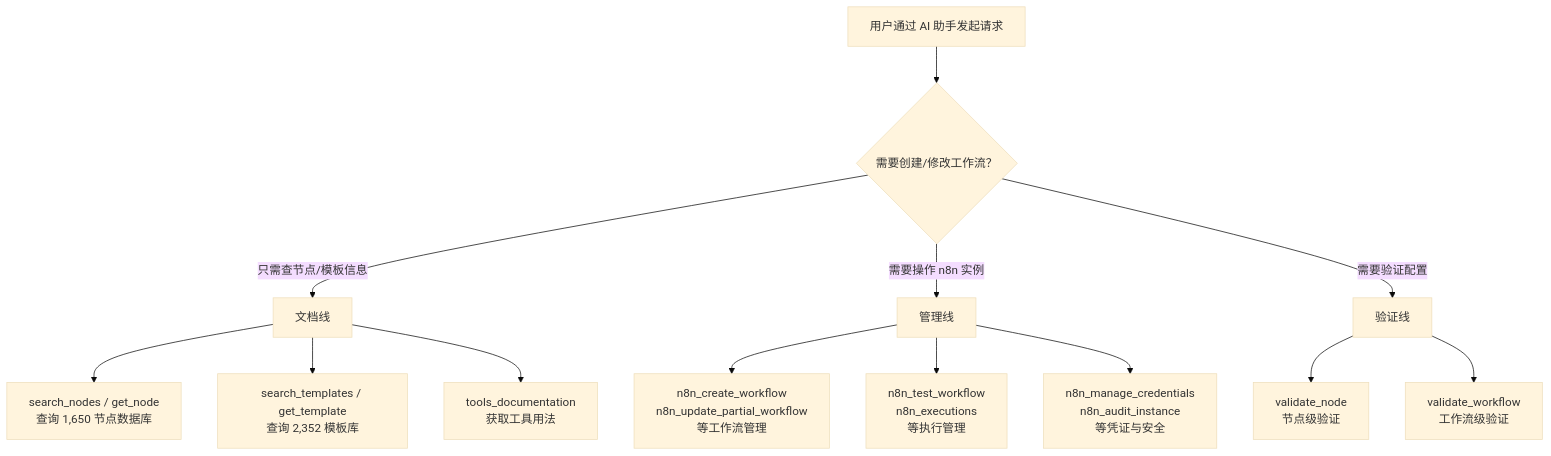
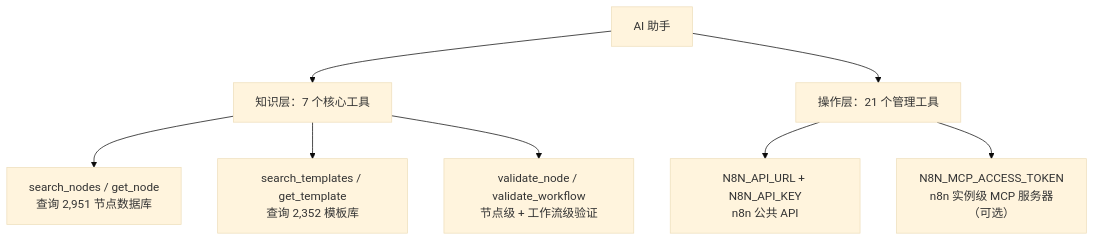
Before and after one commit to A1pha3/text-matrix: the diagram in content/posts/tech/n8n-mcp-claude-workflow-automation-guide.md, drawn with Mermaid (base theme). The commit also changed other lines of this file and 331 other files, not shown here.

````diff
--- a/content/posts/tech/n8n-mcp-claude-workflow-automation-guide.md
+++ b/content/posts/tech/n8n-mcp-claude-workflow-automation-guide.md
@@ -58,18 +42,10 @@
 ```mermaid
 graph TD
-    A["用户通过 AI 助手发起请求"] --> B{"需要创建/修改工作流？"}
-    B -->|"只需查节点/模板信息"| C[文档线]
-    B -->|"需要操作 n8n 实例"| D[管理线]
-    B -->|"需要验证配置"| E[验证线]
-
-    C --> C1["search_nodes / get_node\n查询 1,650 节点数据库"]
-    C --> C2["search_templates / get_template\n查询 2,352 模板库"]
-    C --> C3["tools_documentation\n获取工具用法"]
-
-    D --> D1["n8n_create_workflow\nn8n_update_partial_workflow\n等工作流管理"]
-    D --> D2["n8n_test_workflow\nn8n_executions\n等执行管理"]
-    D --> D3["n8n_manage_credentials\nn8n_audit_instance\n等凭证与安全"]
-
-    E --> E1["validate_node\n节点级验证"]
-    E --> E2["validate_workflow\n工作流级验证"]
+    A["AI 助手"] --> B["知识层：7 个核心工具"]
+    A --> C["操作层：21 个管理工具"]
+    B --> B1["search_nodes / get_node\n查询 2,951 节点数据库"]
+    B --> B2["search_templates / get_template\n查询 2,352 模板库"]
+    B --> B3["validate_node / validate_workflow\n节点级 + 工作流级验证"]
+    C --> C1["N8N_API_URL + N8N_API_KEY\nn8n 公共 API"]
+    C --> C2["N8N_MCP_ACCESS_TOKEN\nn8n 实例级 MCP 服务器（可选）"]
 ```
````
